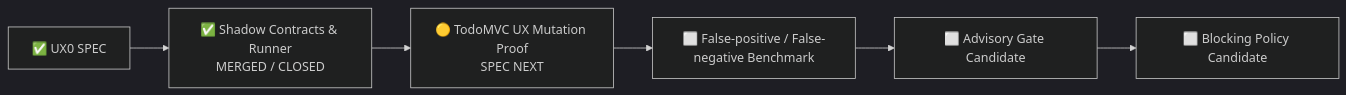
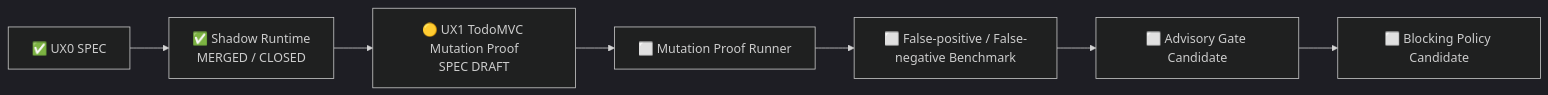
The diagram in docs/ux-assurance-status.md (lsq1030757028/Pytest-playwright-e2e), drawn with Mermaid (dark theme) before and after one commit. The commit also changed other lines of this file and 13 other files, not shown here.

First line of the commit message:
Define TodoMVC UX Mutation Proof SPEC (#35)

````diff
--- a/docs/ux-assurance-status.md
+++ b/docs/ux-assurance-status.md
@@ -35,9 +31,10 @@
 ```mermaid
 flowchart LR
     A[✅ UX0 SPEC]
-    --> B[✅ Shadow Contracts & Runner<br/>MERGED / CLOSED]
-    --> C[🟡 TodoMVC UX Mutation Proof<br/>SPEC NEXT]
-    --> D[⬜ False-positive / False-negative Benchmark]
-    --> E[⬜ Advisory Gate Candidate]
-    --> F[⬜ Blocking Policy Candidate]
+    --> B[✅ Shadow Runtime<br/>MERGED / CLOSED]
+    --> C[🟡 UX1 TodoMVC Mutation Proof<br/>SPEC DRAFT]
+    --> D[⬜ Mutation Proof Runner]
+    --> E[⬜ False-positive / False-negative Benchmark]
+    --> F[⬜ Advisory Gate Candidate]
+    --> G[⬜ Blocking Policy Candidate]
 ```
````
